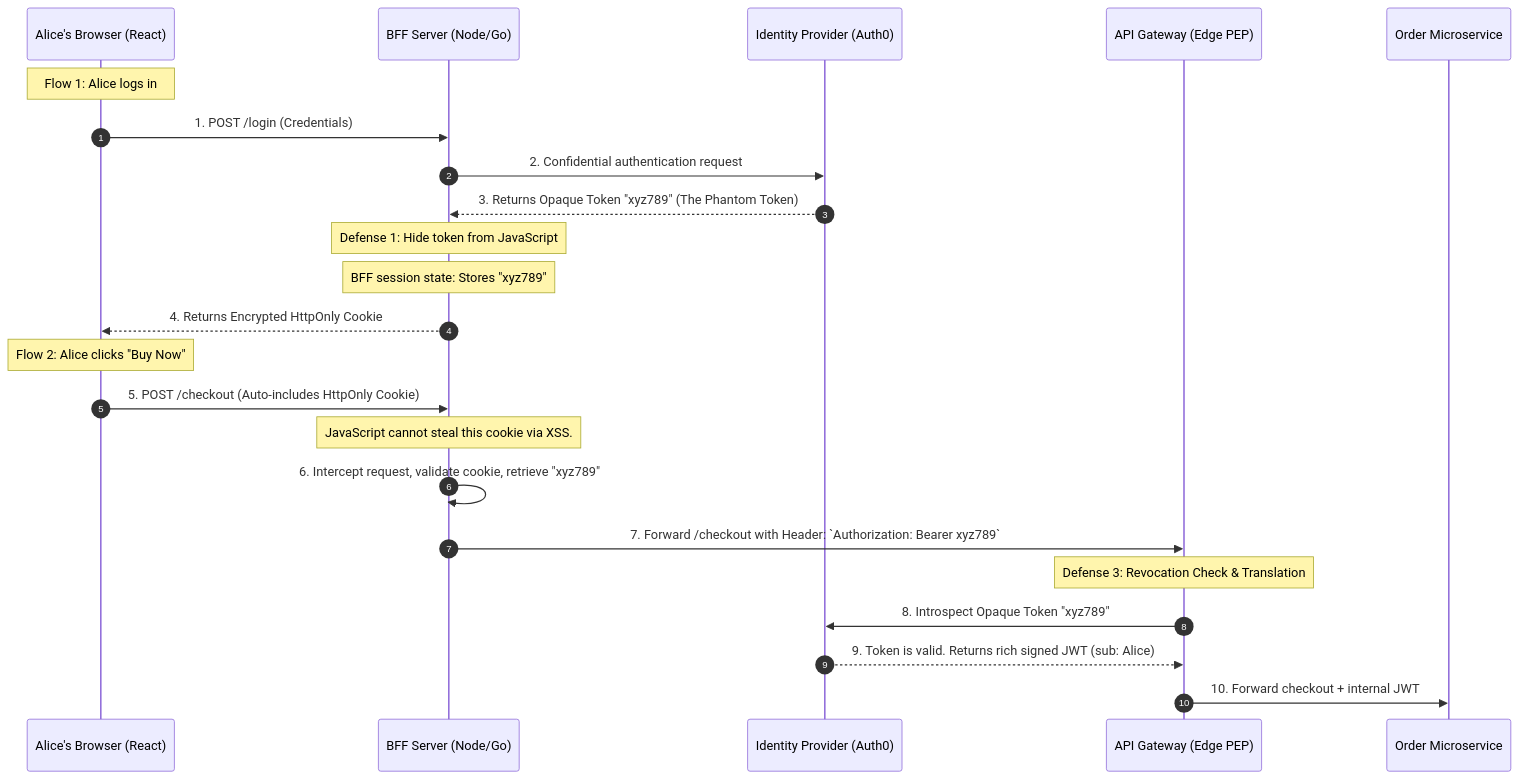
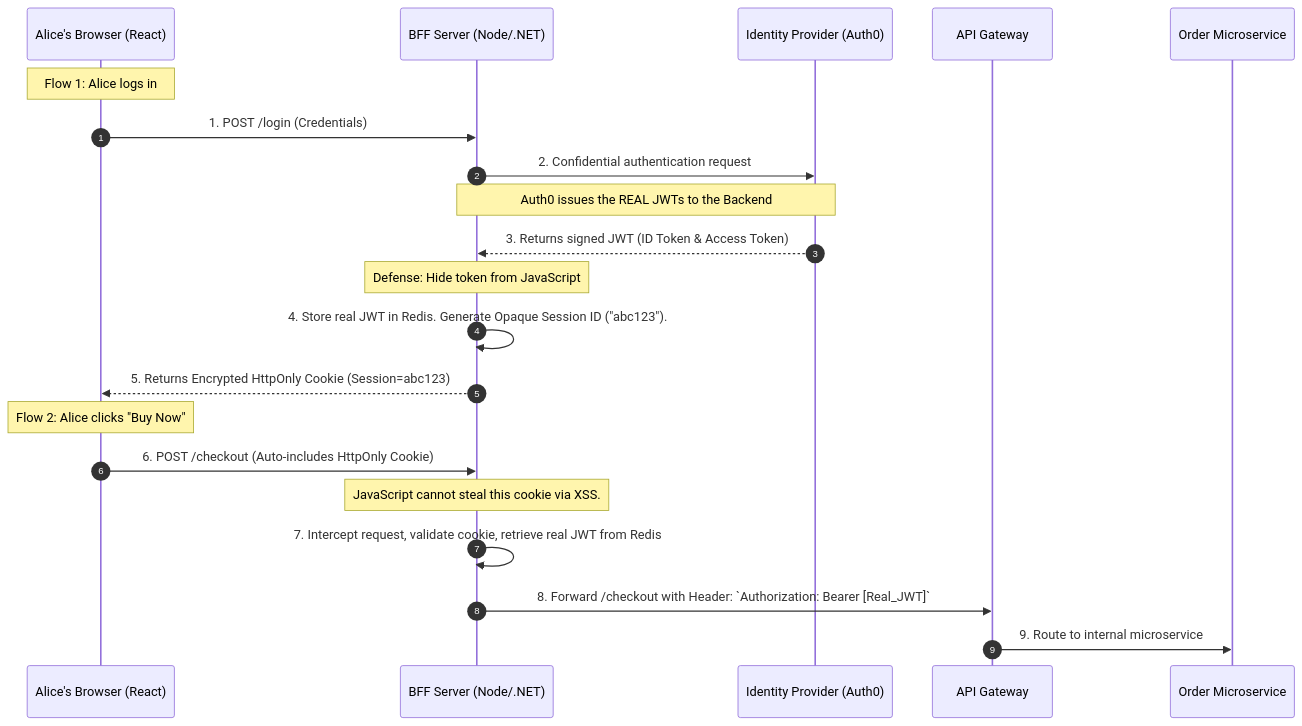
The first of 3 diagrams in Quiz/03_EDGE_SECURITY_TOKENS_AND_SESSION_MANAGEMENT.md (nirajp82/IdentityAccessManagement_IAM), drawn with Mermaid before and after one commit. The commit also changed other lines of this file, not shown here.

````diff
--- a/Quiz/03_EDGE_SECURITY_TOKENS_AND_SESSION_MANAGEMENT.md
+++ b/Quiz/03_EDGE_SECURITY_TOKENS_AND_SESSION_MANAGEMENT.md
@@ -71,33 +78,30 @@
 ```mermaid
 sequenceDiagram
     autonumber
     participant Browser as Alice's Browser (React)
-    participant BFF as BFF Server (Node/Go)
+    participant BFF as BFF Server (Node/.NET)
     participant IDP as Identity Provider (Auth0)
-    participant Gateway as API Gateway (Edge PEP)
+    participant Gateway as API Gateway
     participant Order as Order Microservice
 
     Note over Browser: Flow 1: Alice logs in
     Browser->>BFF: 1. POST /login (Credentials)
     BFF->>IDP: 2. Confidential authentication request
-    IDP-->>BFF: 3. Returns Opaque Token "xyz789" (The Phantom Token)
     
-    Note over BFF: Defense 1: Hide token from JavaScript
-    Note over BFF: BFF session state: Stores "xyz789"
-    BFF-->>Browser: 4. Returns Encrypted HttpOnly Cookie
+    Note over IDP,BFF: Auth0 issues the REAL JWTs to the Backend
+    IDP-->>BFF: 3. Returns signed JWT (ID Token & Access Token)
+    
+    Note over BFF: Defense: Hide token from JavaScript
+    BFF->>BFF: 4. Store real JWT in Redis. Generate Opaque Session ID ("abc123").
+    BFF-->>Browser: 5. Returns Encrypted HttpOnly Cookie (Session=abc123)
     
     Note over Browser: Flow 2: Alice clicks "Buy Now"
-    Browser->>BFF: 5. POST /checkout (Auto-includes HttpOnly Cookie)
+    Browser->>BFF: 6. POST /checkout (Auto-includes HttpOnly Cookie)
     
     Note over BFF: JavaScript cannot steal this cookie via XSS.
-    BFF->>BFF: 6. Intercept request, validate cookie, retrieve "xyz789"
+    BFF->>BFF: 7. Intercept request, validate cookie, retrieve real JWT from Redis
     
-    BFF->>Gateway: 7. Forward /checkout with Header: `Authorization: Bearer xyz789`
-    
-    Note over Gateway: Defense 3: Revocation Check & Translation
-    Gateway->>IDP: 8. Introspect Opaque Token "xyz789"
-    IDP-->>Gateway: 9. Token is valid. Returns rich signed JWT (sub: Alice)
-    
-    Gateway->>Order: 10. Forward checkout + internal JWT
+    BFF->>Gateway: 8. Forward /checkout with Header: `Authorization: Bearer [Real_JWT]`
+    Gateway->>Order: 9. Route to internal microservice
 
 ```
````
